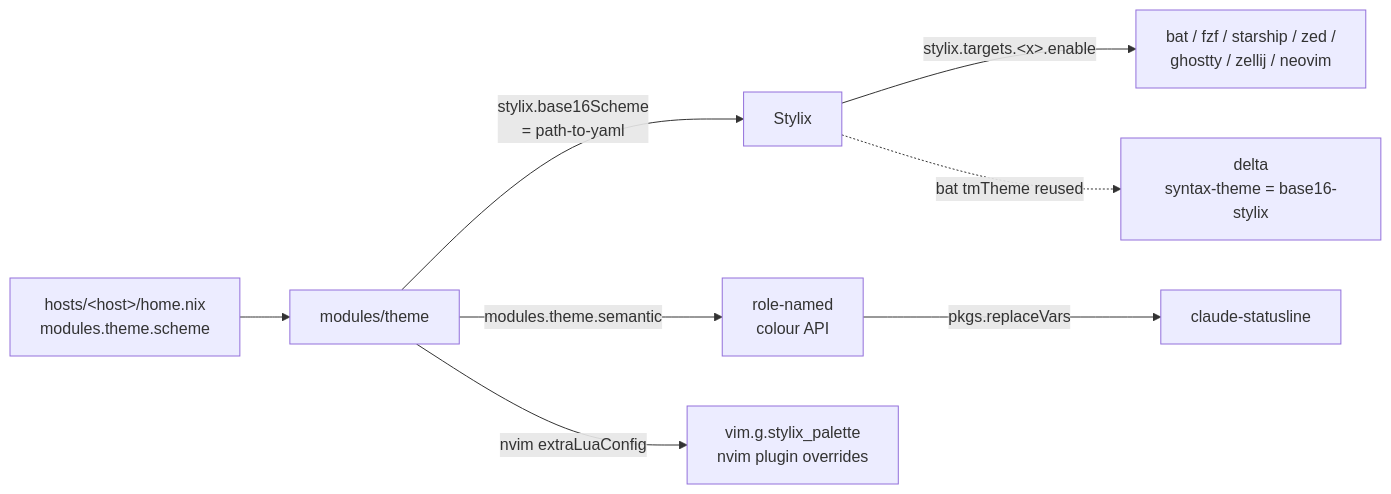
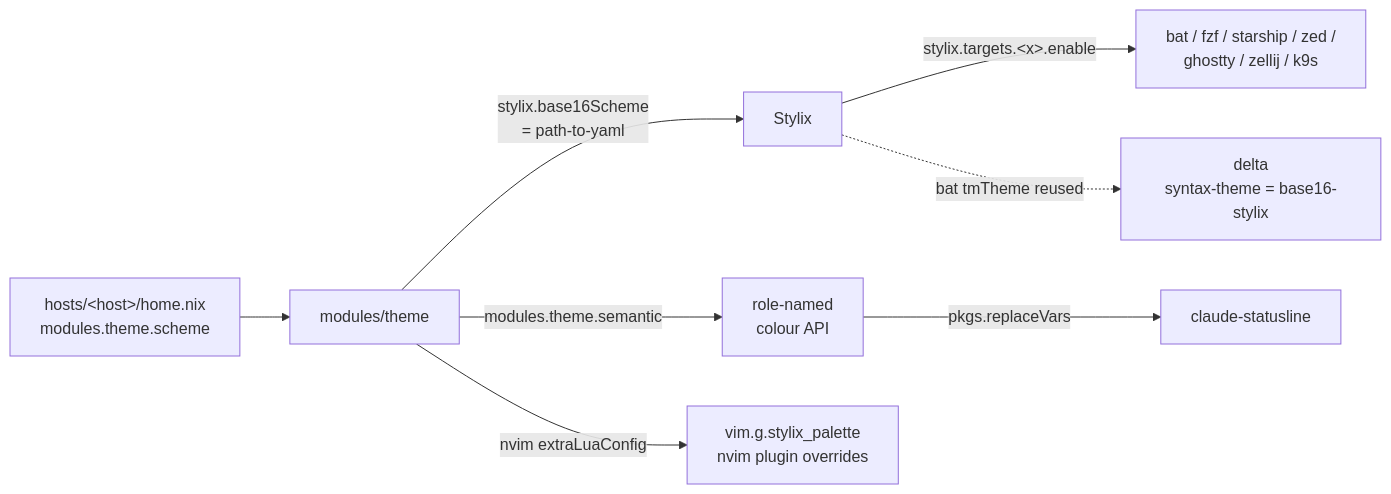
Before and after one commit to phamann/dotfiles.nix: the diagram in docs/THEMING.md, drawn with Mermaid. The commit also changed other lines of this file and 5 other files, not shown here.

````diff
--- a/docs/THEMING.md
+++ b/docs/THEMING.md
@@ -60,11 +60,11 @@
 ```mermaid
 flowchart LR
   H[hosts/&lt;host&gt;/home.nix<br/>modules.theme.scheme] --> T[modules/theme]
   T -->|stylix.base16Scheme<br/>= path-to-yaml| S[Stylix]
   T -->|modules.theme.semantic| R[role-named<br/>colour API]
 
-  S -->|stylix.targets.&lt;x&gt;.enable| A1[bat / fzf / starship / zed /<br/>ghostty / zellij / neovim]
+  S -->|stylix.targets.&lt;x&gt;.enable| A1[bat / fzf / starship / zed /<br/>ghostty / zellij / k9s]
   S -.->|bat tmTheme reused| D[delta<br/>syntax-theme = base16-stylix]
   R -->|pkgs.replaceVars| C[claude-statusline]
   T -->|nvim extraLuaConfig| V[vim.g.stylix_palette<br/>nvim plugin overrides]
 ```
````
